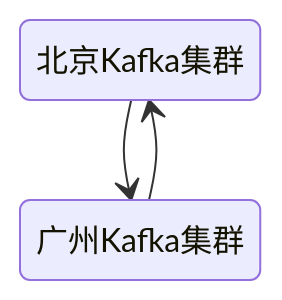
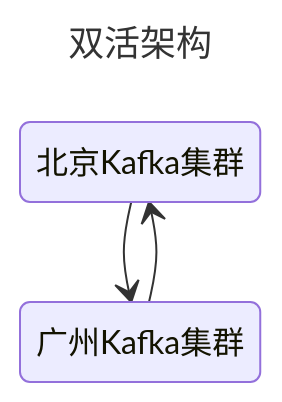
One commit to 0xcaffebabe/note changed the eighth of 12 diagrams in doc/中间件/消息队列/Kafka/Kafka.md. Above: the diagram before and after it, drawn with Mermaid. The commit also changed other lines of this file and 11 other files, not shown here.

````diff
--- a/doc/中间件/消息队列/Kafka/Kafka.md
+++ b/doc/中间件/消息队列/Kafka/Kafka.md
@@ -643,5 +619,8 @@
 ```mermaid
+---
+title: 双活架构
+---
 stateDiagram-v2
   北京Kafka集群 --> 广州Kafka集群
   广州Kafka集群 --> 北京Kafka集群
 ```
````
